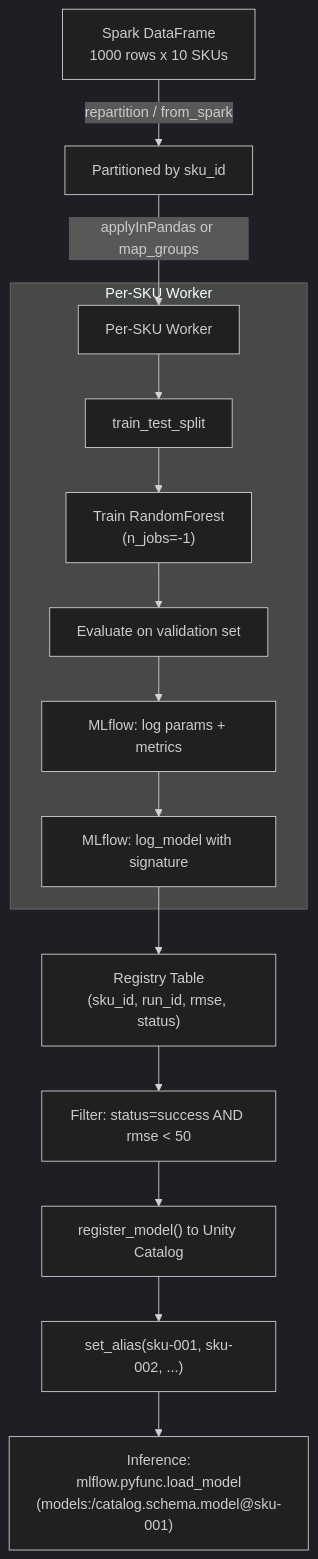
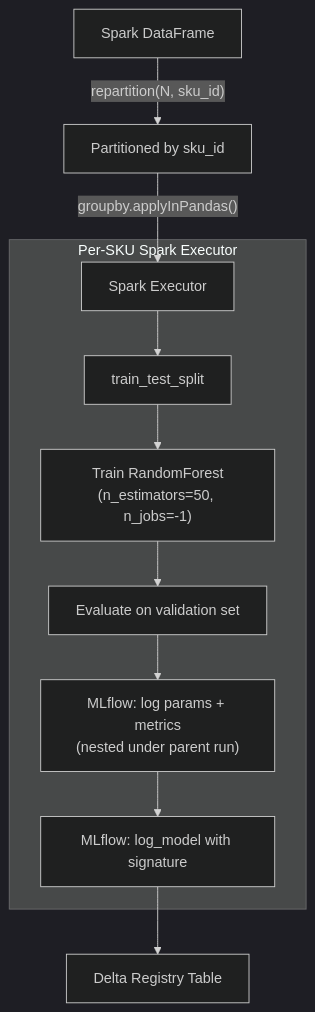
Before and after one commit to natefleming/mlflow-multi-model: the fourth of 11 diagrams in README.md, drawn with Mermaid (dark theme). The commit also changed other lines of this file, not shown here.

````diff
--- a/README.md
+++ b/README.md
@@ -53,19 +73,15 @@
 ```mermaid
 flowchart TD
-  A["Spark DataFrame\n1000 rows x 10 SKUs"] -->|"repartition / from_spark"| B["Partitioned by sku_id"]
-  B -->|"applyInPandas or map_groups"| C["Per-SKU Worker"]
+  A["Spark DataFrame"] -->|"repartition(N, sku_id)"| B["Partitioned by sku_id"]
+  B -->|"groupby.applyInPandas()"| C["Spark Executor"]
 
-  subgraph worker [Per-SKU Worker]
+  subgraph sparkWorker [Per-SKU Spark Executor]
     C --> D[train_test_split]
-    D --> E["Train RandomForest\n(n_jobs=-1)"]
+    D --> E["Train RandomForest\n(n_estimators=50, n_jobs=-1)"]
     E --> F[Evaluate on validation set]
-    F --> G["MLflow: log params + metrics"]
+    F --> G["MLflow: log params + metrics\n(nested under parent run)"]
     G --> H["MLflow: log_model with signature"]
   end
 
-  H --> I["Registry Table\n(sku_id, run_id, rmse, status)"]
-  I --> J["Filter: status=success AND rmse < 50"]
-  J --> K["register_model() to Unity Catalog"]
-  K --> L["set_alias(sku-001, sku-002, ...)"]
-  L --> M["Inference:\nmlflow.pyfunc.load_model\n(models:/catalog.schema.model@sku-001)"]
+  H --> I["Delta Registry Table"]
 ```
````
